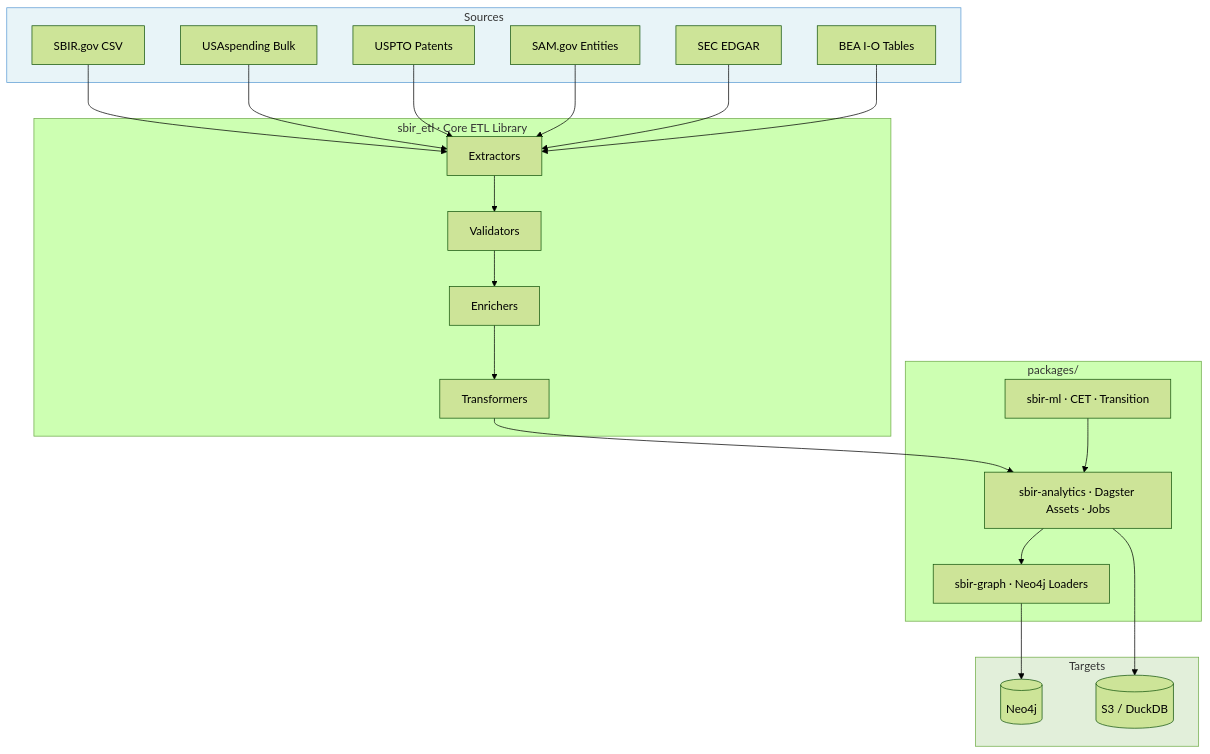
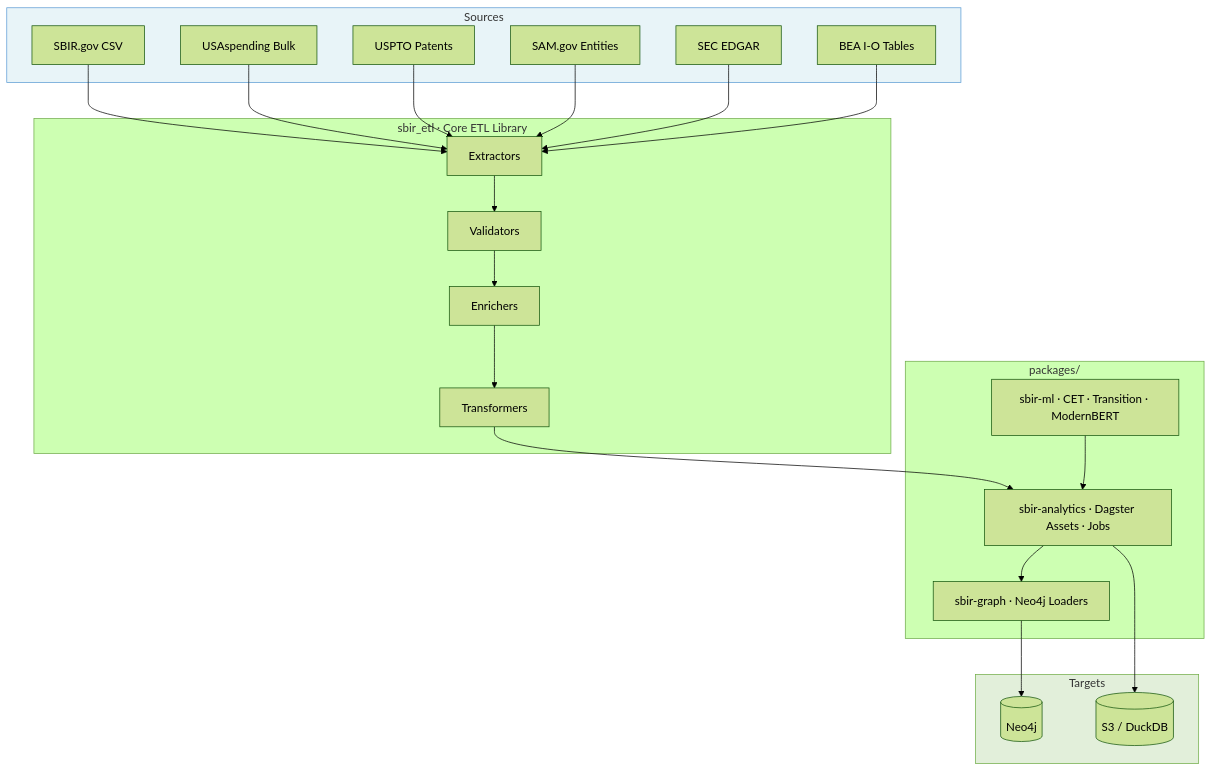
The diagram in README.md (hollomancer/sbir-analytics), drawn with Mermaid (forest theme) before and after one commit. The commit also changed other lines of this file, not shown here.

Commit message:
docs: restore ModernBERT-Embed, add stateior credit

````diff
--- a/README.md
+++ b/README.md
@@ -94,39 +95,39 @@
 ```mermaid
 graph TD
     subgraph Sources
         SBIR[SBIR.gov CSV]
         USA[USAspending Bulk]
         USPTO[USPTO Patents]
         SAM[SAM.gov Entities]
         SEC[SEC EDGAR]
         BEA[BEA I-O Tables]
     end
 
     subgraph "sbir_etl  · Core ETL Library"
         EXT[Extractors]
         VAL[Validators]
         ENR[Enrichers]
         TRN[Transformers]
     end
 
     subgraph "packages/"
-        ML["sbir-ml · CET · Transition"]
+        ML["sbir-ml · CET · Transition · ModernBERT"]
         AN["sbir-analytics · Dagster Assets · Jobs"]
         GR["sbir-graph · Neo4j Loaders"]
     end
 
     subgraph Targets
         NEO4J[(Neo4j)]
         S3[(S3 / DuckDB)]
     end
 
     SBIR & USA & USPTO & SAM & SEC & BEA --> EXT
     EXT --> VAL --> ENR --> TRN
     TRN --> AN
     ML --> AN
     AN --> GR --> NEO4J
     AN --> S3
 
     style Sources fill:#e8f4f8,stroke:#5b9bd5
     style Targets fill:#e2efda,stroke:#70ad47
 ```
````
